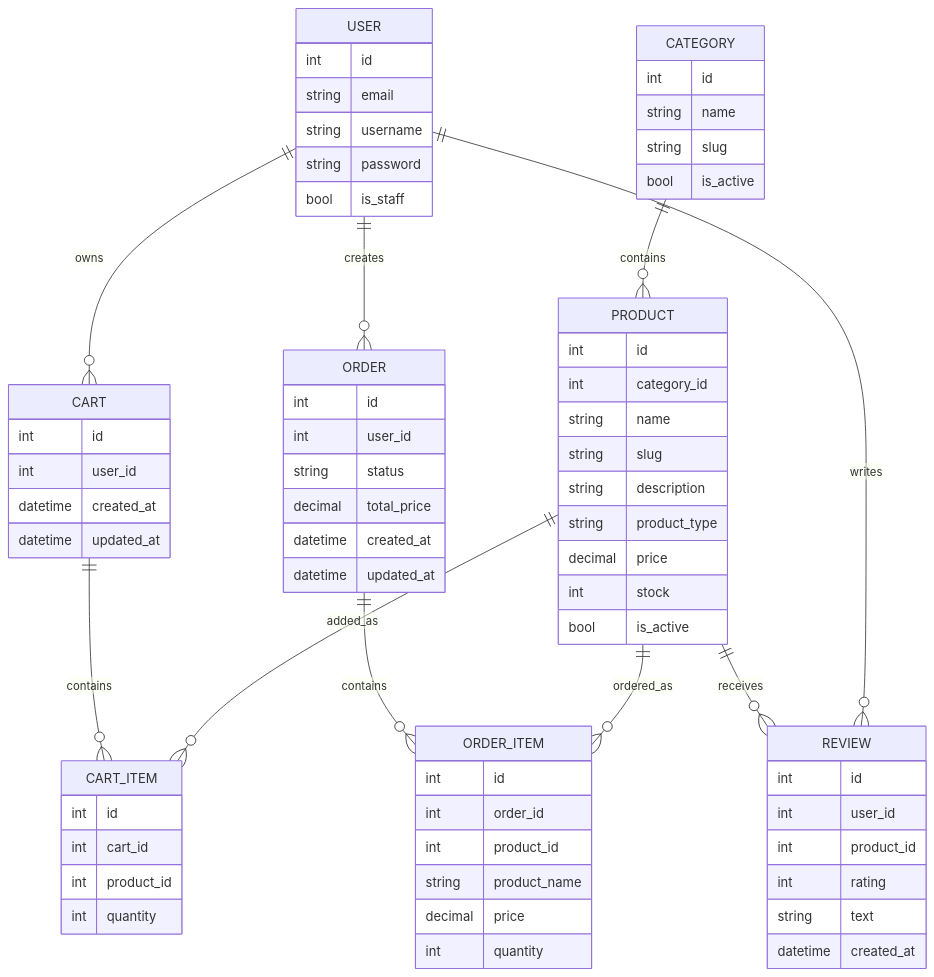
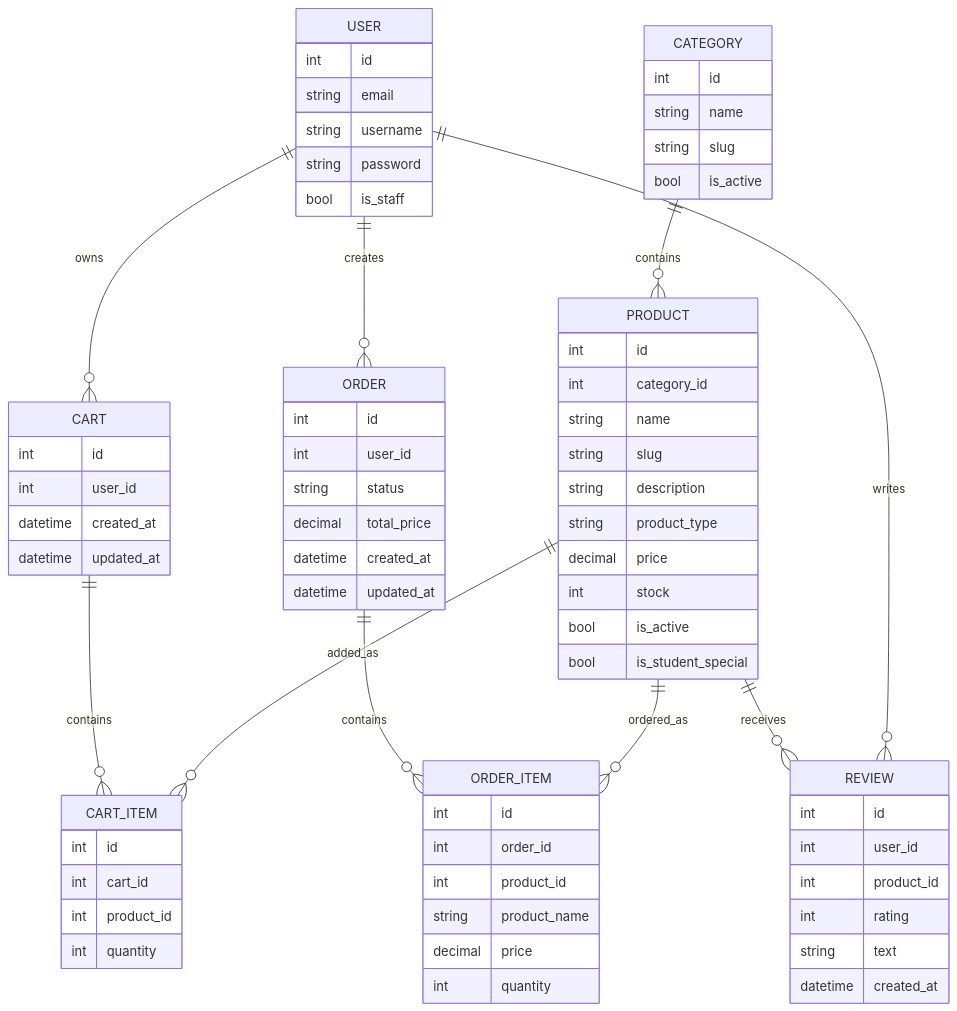
One commit to Chechetkin-Alex/1c-DrinkMe changed the diagram in docs/database.md. Above: the diagram before and after it, drawn with Mermaid. The commit also changed other lines of this file and 10 other files, not shown here.

````diff
--- a/docs/database.md
+++ b/docs/database.md
@@ -16,80 +16,81 @@
 ```mermaid
 erDiagram
     USER ||--o{ CART : owns
     USER ||--o{ ORDER : creates
     USER ||--o{ REVIEW : writes
     CATEGORY ||--o{ PRODUCT : contains
     PRODUCT ||--o{ CART_ITEM : added_as
     PRODUCT ||--o{ ORDER_ITEM : ordered_as
     PRODUCT ||--o{ REVIEW : receives
     CART ||--o{ CART_ITEM : contains
     ORDER ||--o{ ORDER_ITEM : contains
 
     USER {
         int id
         string email
         string username
         string password
         bool is_staff
     }
 
     CATEGORY {
         int id
         string name
         string slug
         bool is_active
     }
 
     PRODUCT {
         int id
         int category_id
         string name
         string slug
         string description
         string product_type
         decimal price
         int stock
         bool is_active
+        bool is_student_special
     }
 
     CART {
         int id
         int user_id
         datetime created_at
         datetime updated_at
     }
 
     CART_ITEM {
         int id
         int cart_id
         int product_id
         int quantity
     }
 
     ORDER {
         int id
         int user_id
         string status
         decimal total_price
         datetime created_at
         datetime updated_at
     }
 
     ORDER_ITEM {
         int id
         int order_id
         int product_id
         string product_name
         decimal price
         int quantity
     }
 
     REVIEW {
         int id
         int user_id
         int product_id
         int rating
         string text
         datetime created_at
     }
 ```
````
